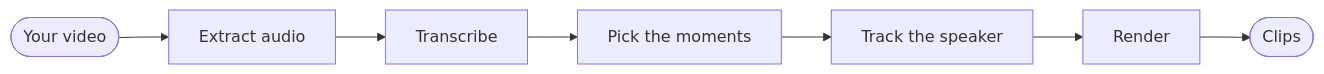
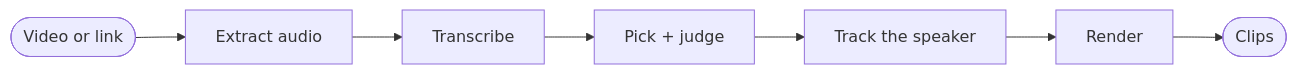
Before and after one commit to n1ssyyy/DigiClip: the diagram in README.md, drawn with Mermaid. The commit also changed other lines of this file, not shown here.

````diff
--- a/README.md
+++ b/README.md
@@ -90,4 +131,4 @@
 ```mermaid
 flowchart LR
-    V(["Your video"]) --> A["Extract audio"] --> T["Transcribe"] --> P["Pick the moments"] --> F["Track the speaker"] --> R["Render"] --> C(["Clips"])
+    V(["Video or link"]) --> A["Extract audio"] --> T["Transcribe"] --> P["Pick + judge"] --> F["Track the speaker"] --> R["Render"] --> C(["Clips"])
 ```
````
